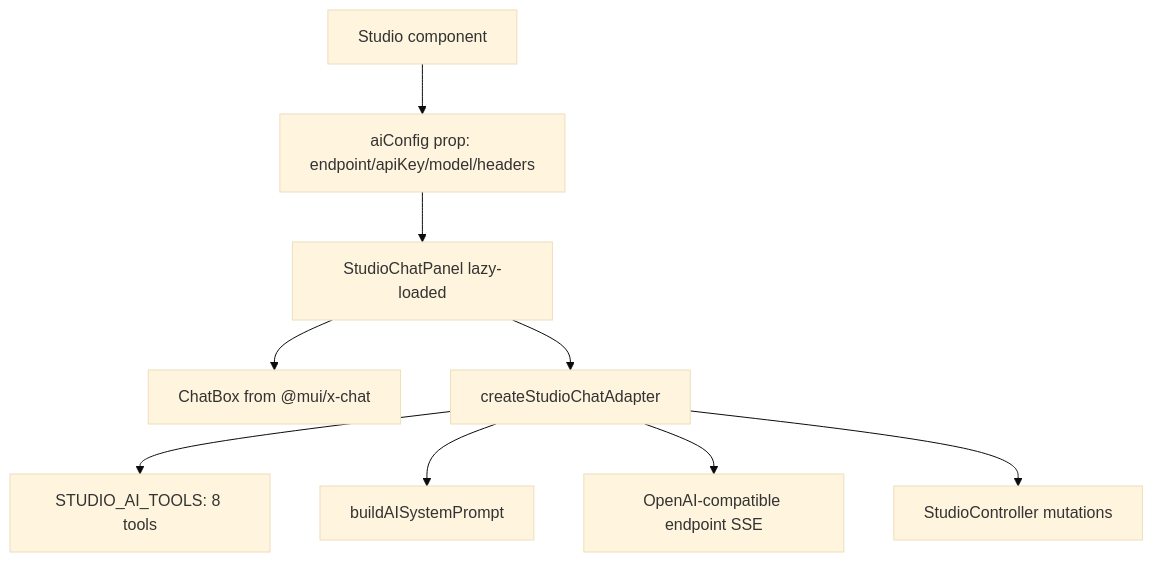
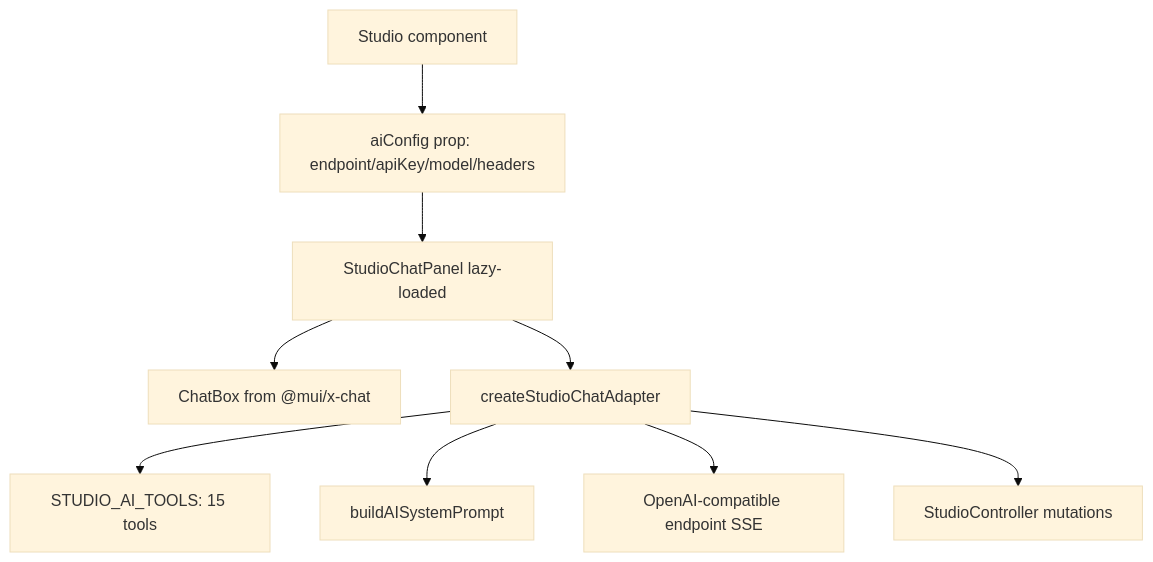
The third of 5 diagrams in packages/x-studio/docs/AI_ASSISTANT_RESEARCH.md (mbrookes/mui-x), drawn with Mermaid (base theme) before and after one commit. The commit also changed other lines of this file and 1 other file, not shown here.

Commit message:
[x-studio] Update AI tools references

````diff
--- a/packages/x-studio/docs/AI_ASSISTANT_RESEARCH.md
+++ b/packages/x-studio/docs/AI_ASSISTANT_RESEARCH.md
@@ -635,21 +635,21 @@
 ```mermaid
 graph TD
     Studio[Studio component]
     AIConfig[aiConfig prop: endpoint/apiKey/model/headers]
     ChatPanel[StudioChatPanel lazy-loaded]
     ChatBox[ChatBox from @mui/x-chat]
     Adapter[createStudioChatAdapter]
-    Tools[STUDIO_AI_TOOLS: 8 tools]
+    Tools[STUDIO_AI_TOOLS: 15 tools]
     SystemPrompt[buildAISystemPrompt]
     Controller[StudioController mutations]
     LLM[OpenAI-compatible endpoint SSE]
 
     Studio --> AIConfig
     AIConfig --> ChatPanel
     ChatPanel --> ChatBox
     ChatPanel --> Adapter
     Adapter --> Tools
     Adapter --> SystemPrompt
     Adapter --> LLM
     Adapter --> Controller
 ```
````
